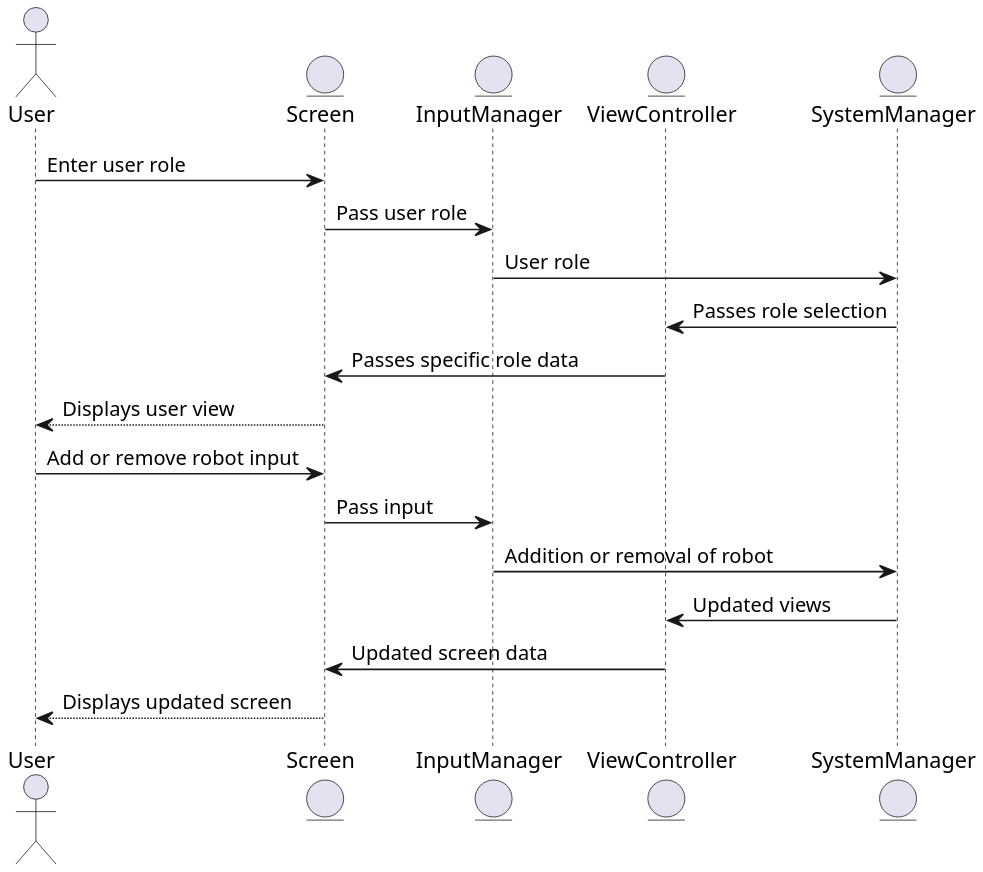
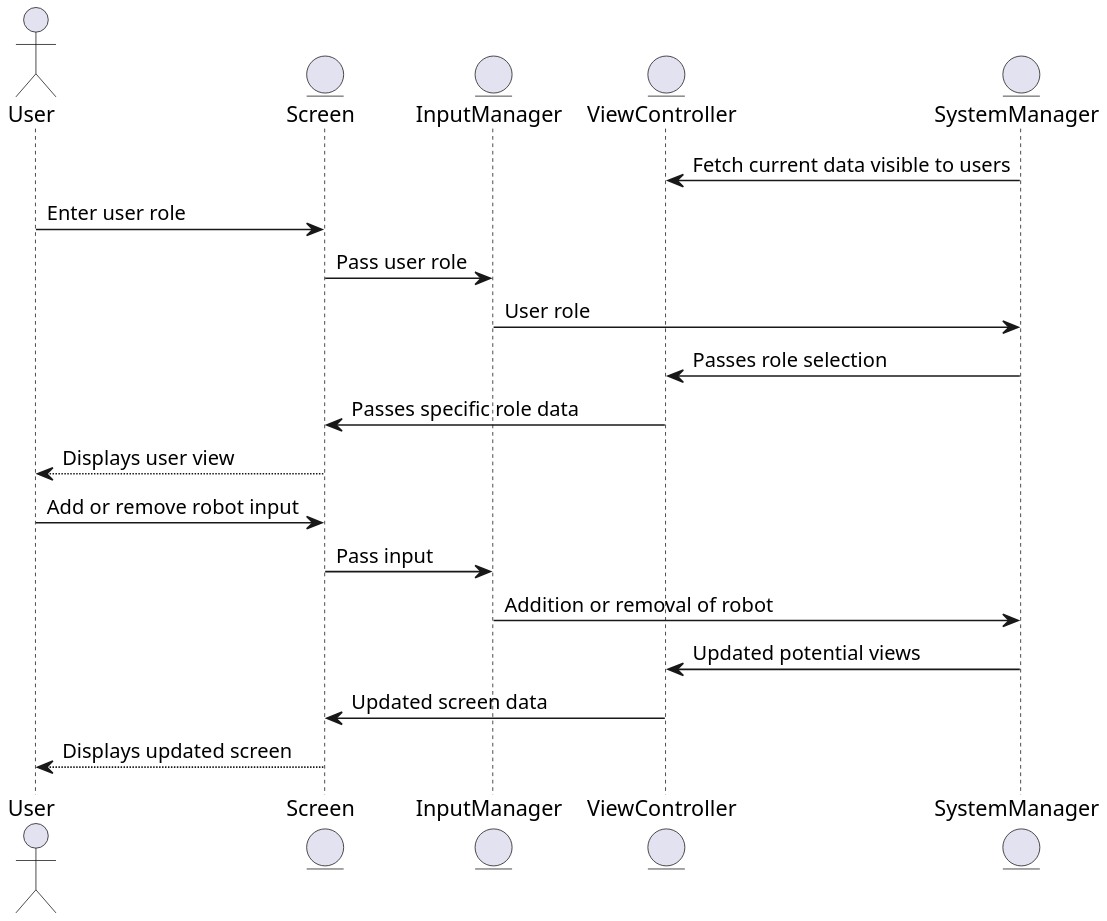
One commit to ur-swe-fa24/main-project-scrum-heads changed the diagram in docs/design/Sequence Diagrams/UI Sequence Diagrams/add_and_remove_robots.puml. Above: the diagram before and after it, drawn with PlantUML. The commit also changed 6 other files, not shown here.

```diff
--- a/docs/design/Sequence Diagrams/UI Sequence Diagrams/add_and_remove_robots.puml
+++ b/docs/design/Sequence Diagrams/UI Sequence Diagrams/add_and_remove_robots.puml
@@ -1,30 +1,31 @@
 @startuml AddRemoveRobotsSD
 skinparam dpi 200
 skinparam DefaultFontName Inconsolata
 
 ' Defines all participants (actors and entities)
 actor User
 entity Screen
 entity InputManager
 entity ViewController
 entity SystemManager
 
 ' Sequence flow of user selecting role and getting specific display
+SystemManager -> ViewController : Fetch current data visible to users
 User -> Screen : Enter user role
 Screen -> InputManager : Pass user role
 InputManager -> SystemManager : User role
 SystemManager -> ViewController : Passes role selection
 ViewController -> Screen : Passes specific role data
 Screen --> User : Displays user view
 
 ' Sequence flow for adding or removing a robot
 ' Note: not all users would be able to accomplish this
 ' because the screen simply wouldn't display the option
 User -> Screen : Add or remove robot input
 Screen -> InputManager : Pass input
 InputManager -> SystemManager : Addition or removal of robot
-SystemManager -> ViewController : Updated views
+SystemManager -> ViewController : Updated potential views
 ViewController -> Screen : Updated screen data
 Screen --> User : Displays updated screen
 
 @enduml
```
